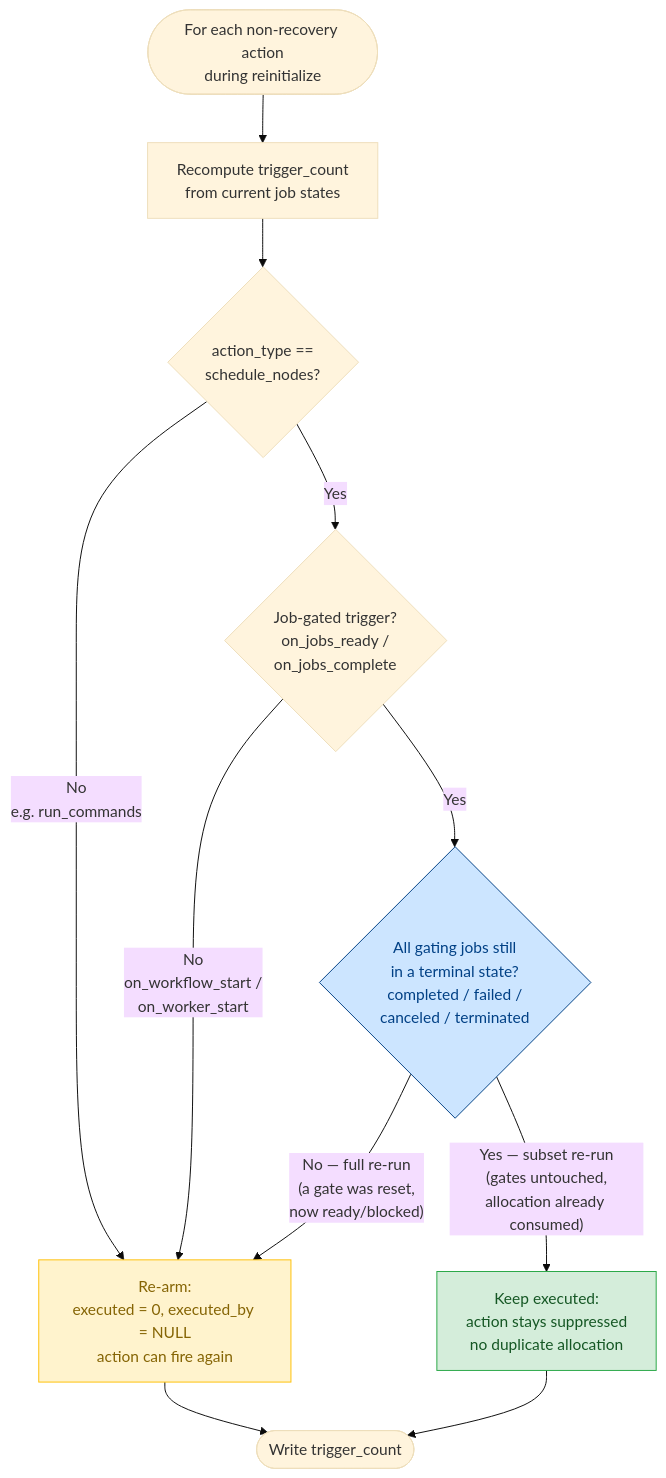
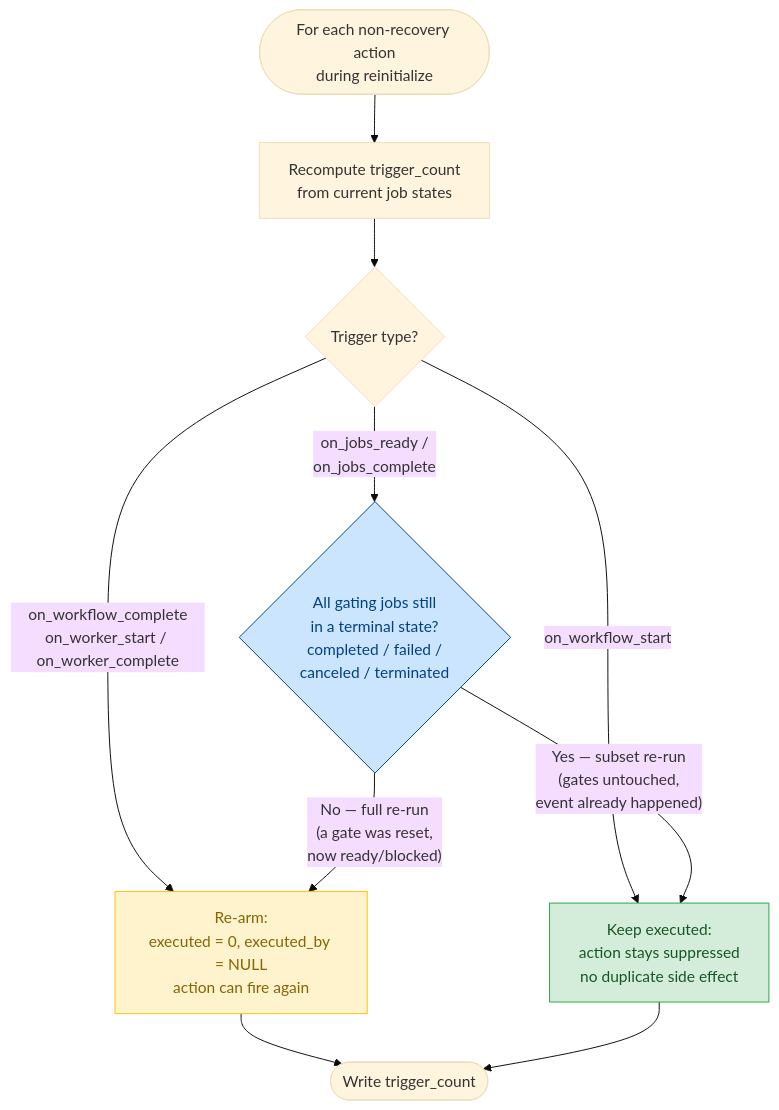
The diagram in docs/src/specialized/design/workflow-actions.md (NatLabRockies/torc), drawn with Mermaid (base theme) before and after one commit. The commit also changed other lines of this file and 2 other files, not shown here.

````diff
--- a/docs/src/specialized/design/workflow-actions.md
+++ b/docs/src/specialized/design/workflow-actions.md
@@ -336,24 +342,22 @@
 ```mermaid
 flowchart TD
     start([For each non-recovery action<br/>during reinitialize]) --> recompute[Recompute trigger_count<br/>from current job states]
-    recompute --> sched{action_type ==<br/>schedule_nodes?}
+    recompute --> trig{Trigger type?}
 
-    sched -- No<br/>e.g. run_commands --> rearm
-    sched -- Yes --> gated{Job-gated trigger?<br/>on_jobs_ready /<br/>on_jobs_complete}
+    trig -- on_workflow_start --> keep
+    trig -- "on_workflow_complete<br/>on_worker_start / on_worker_complete" --> rearm
+    trig -- "on_jobs_ready /<br/>on_jobs_complete" --> terminal{All gating jobs still<br/>in a terminal state?<br/>completed / failed /<br/>canceled / terminated}
 
-    gated -- No<br/>on_workflow_start /<br/>on_worker_start --> rearm
-    gated -- Yes --> terminal{All gating jobs still<br/>in a terminal state?<br/>completed / failed /<br/>canceled / terminated}
-
-    terminal -- "Yes — subset re-run<br/>(gates untouched,<br/>allocation already consumed)" --> keep
+    terminal -- "Yes — subset re-run<br/>(gates untouched,<br/>event already happened)" --> keep
     terminal -- "No — full re-run<br/>(a gate was reset,<br/>now ready/blocked)" --> rearm
 
     rearm[Re-arm:<br/>executed = 0, executed_by = NULL<br/>action can fire again]
-    keep[Keep executed:<br/>action stays suppressed<br/>no duplicate allocation]
+    keep[Keep executed:<br/>action stays suppressed<br/>no duplicate side effect]
 
     rearm --> done([Write trigger_count])
     keep --> done
 
     style keep fill:#d4edda,stroke:#28a745,color:#155724
     style rearm fill:#fff3cd,stroke:#ffc107,color:#856404
     style terminal fill:#cce5ff,stroke:#004085,color:#004085
 ```
````
